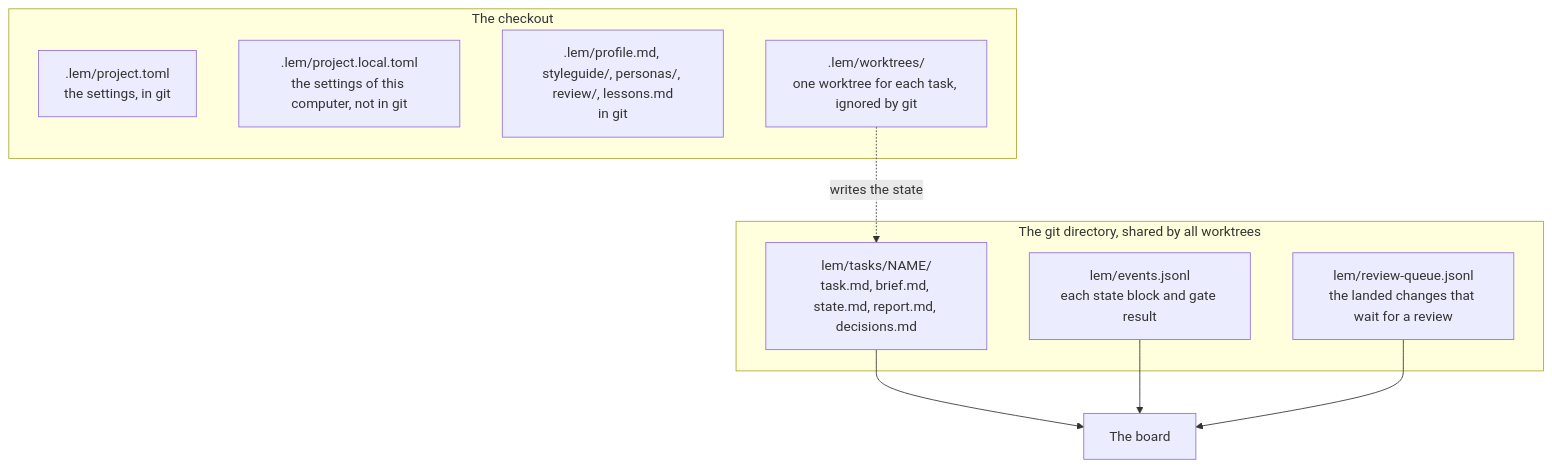
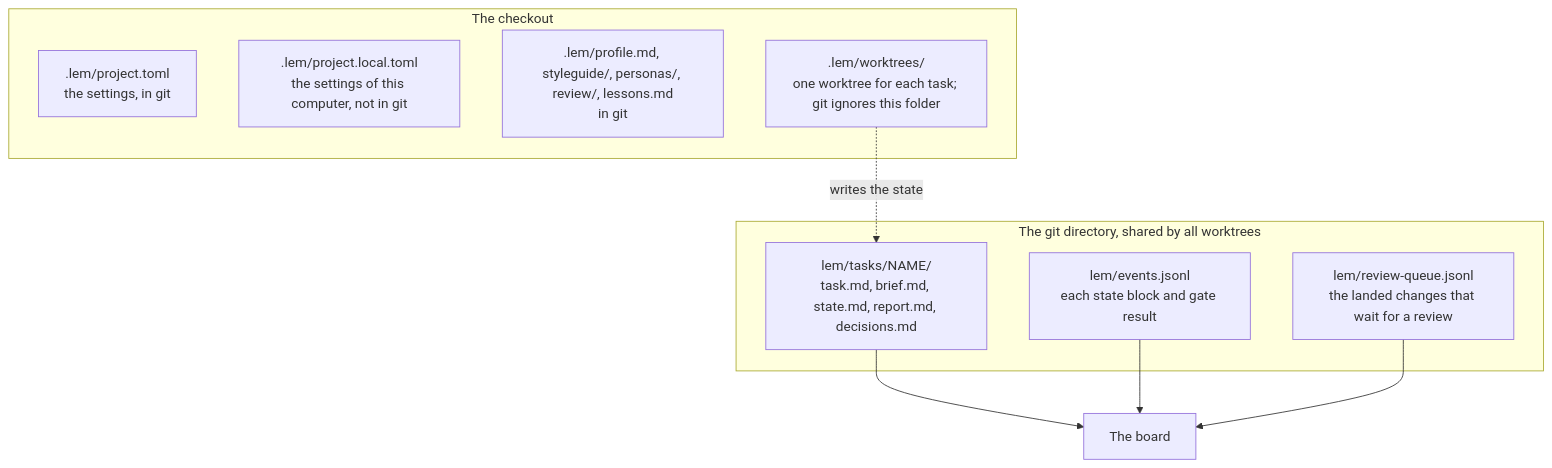
One commit to pySilver/lem changed the third of 3 diagrams in README.md. Above: the diagram before and after it, drawn with Mermaid. The commit also changed other lines of this file, not shown here.

````diff
--- a/README.md
+++ b/README.md
@@ -112,18 +122,18 @@
 ```mermaid
 flowchart TD
     subgraph checkout [The checkout]
         toml[.lem/project.toml<br/>the settings, in git]
         local[.lem/project.local.toml<br/>the settings of this computer, not in git]
         profiles[.lem/profile.md, styleguide/, personas/, review/, lessons.md<br/>in git]
-        wt[.lem/worktrees/<br/>one worktree for each task, ignored by git]
+        wt[.lem/worktrees/<br/>one worktree for each task; git ignores this folder]
     end
     subgraph gitdir [The git directory, shared by all worktrees]
         tasks[lem/tasks/NAME/<br/>task.md, brief.md, state.md, report.md, decisions.md]
         events[lem/events.jsonl<br/>each state block and gate result]
         queue[lem/review-queue.jsonl<br/>the landed changes that wait for a review]
     end
     wt -. writes the state .-> tasks
     tasks --> board[The board]
     events --> board
     queue --> board
 ```
````
